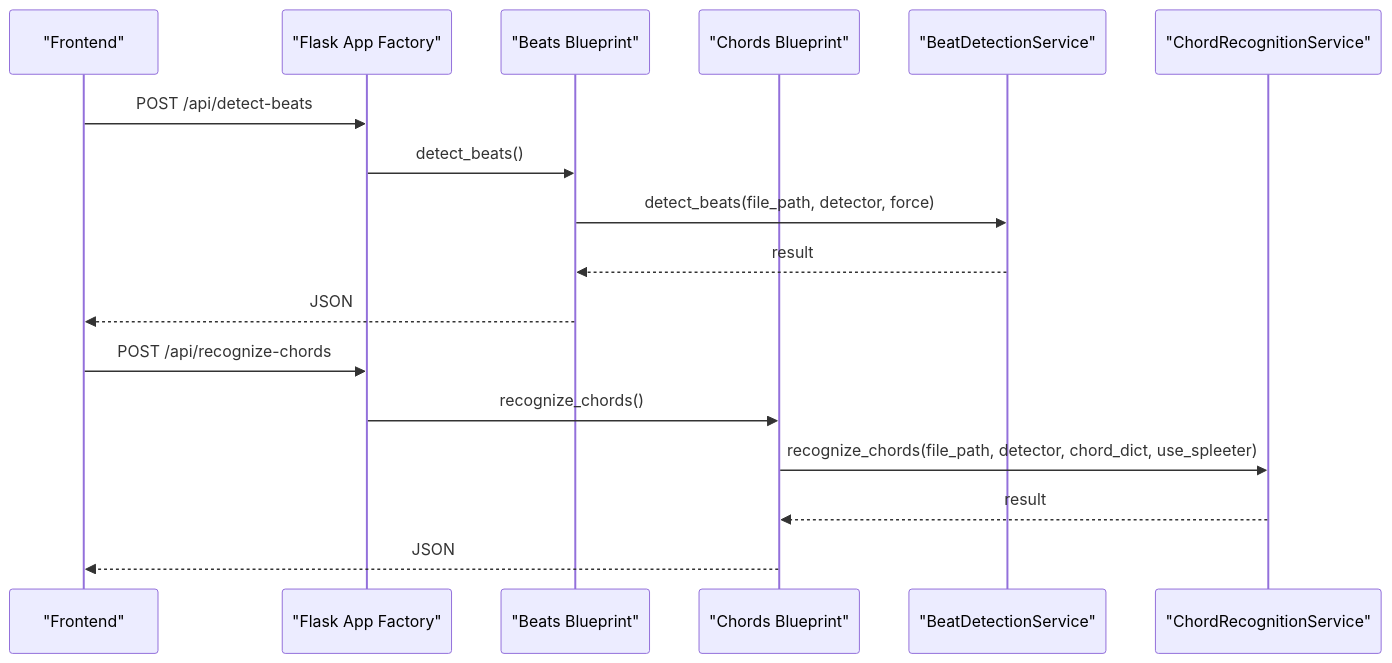
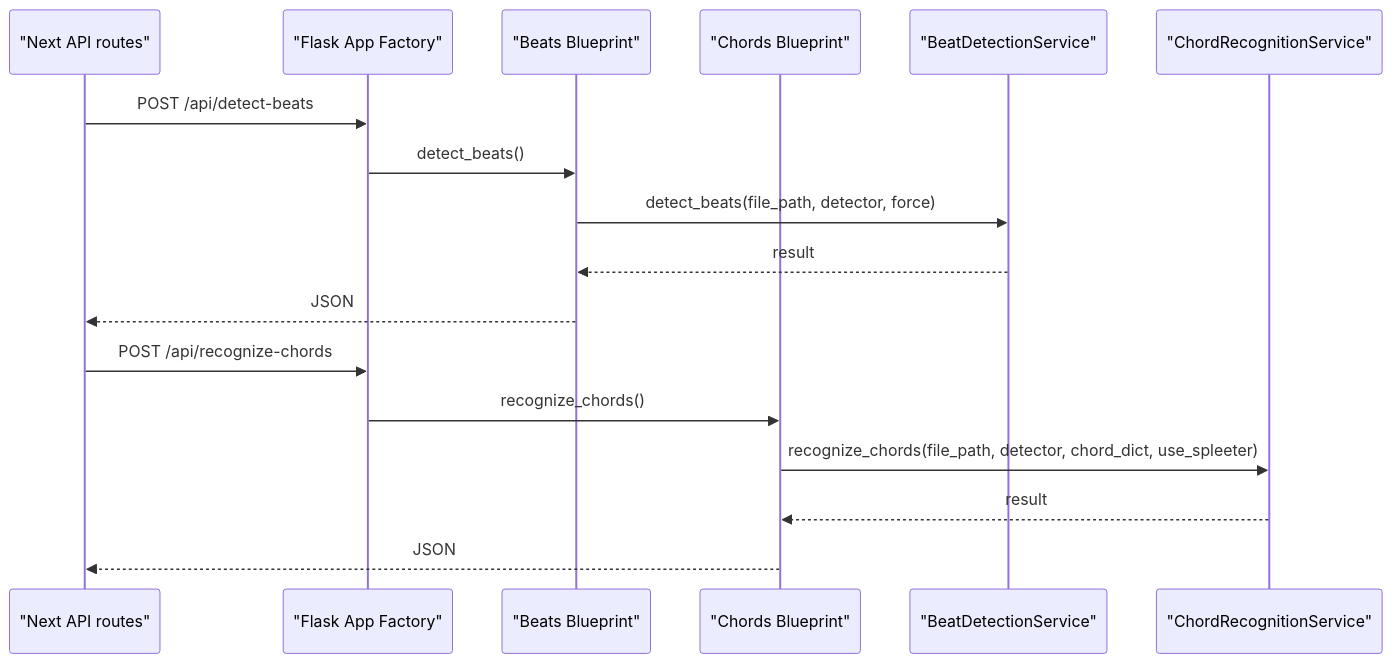
The fourth of 8 diagrams in .qoder/repowiki/en/content/Project Overview/Architecture Overview.md (ptnghia-j/ChordMiniApp), drawn with Mermaid before and after one commit. The commit also changed other lines of this file and 10 other files, not shown here.

````diff
--- a/.qoder/repowiki/en/content/Project Overview/Architecture Overview.md
+++ b/.qoder/repowiki/en/content/Project Overview/Architecture Overview.md
@@ -196,19 +206,19 @@
 ```mermaid
 sequenceDiagram
-participant Client as "Frontend"
+participant Client as "Next API routes"
 participant Flask as "Flask App Factory"
 participant BP_Beat as "Beats Blueprint"
 participant BP_Chord as "Chords Blueprint"
 participant Svc_Beat as "BeatDetectionService"
 participant Svc_Chord as "ChordRecognitionService"
 Client->>Flask : POST /api/detect-beats
 Flask->>BP_Beat : detect_beats()
 BP_Beat->>Svc_Beat : detect_beats(file_path, detector, force)
 Svc_Beat-->>BP_Beat : result
 BP_Beat-->>Client : JSON
 Client->>Flask : POST /api/recognize-chords
 Flask->>BP_Chord : recognize_chords()
 BP_Chord->>Svc_Chord : recognize_chords(file_path, detector, chord_dict, use_spleeter)
 Svc_Chord-->>BP_Chord : result
 BP_Chord-->>Client : JSON
 ```
````
